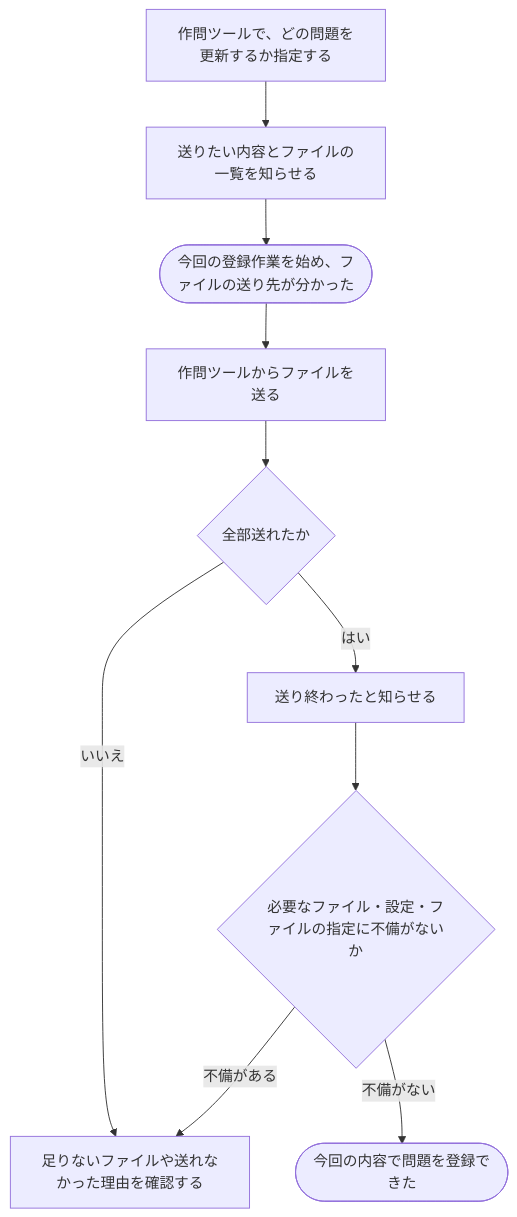
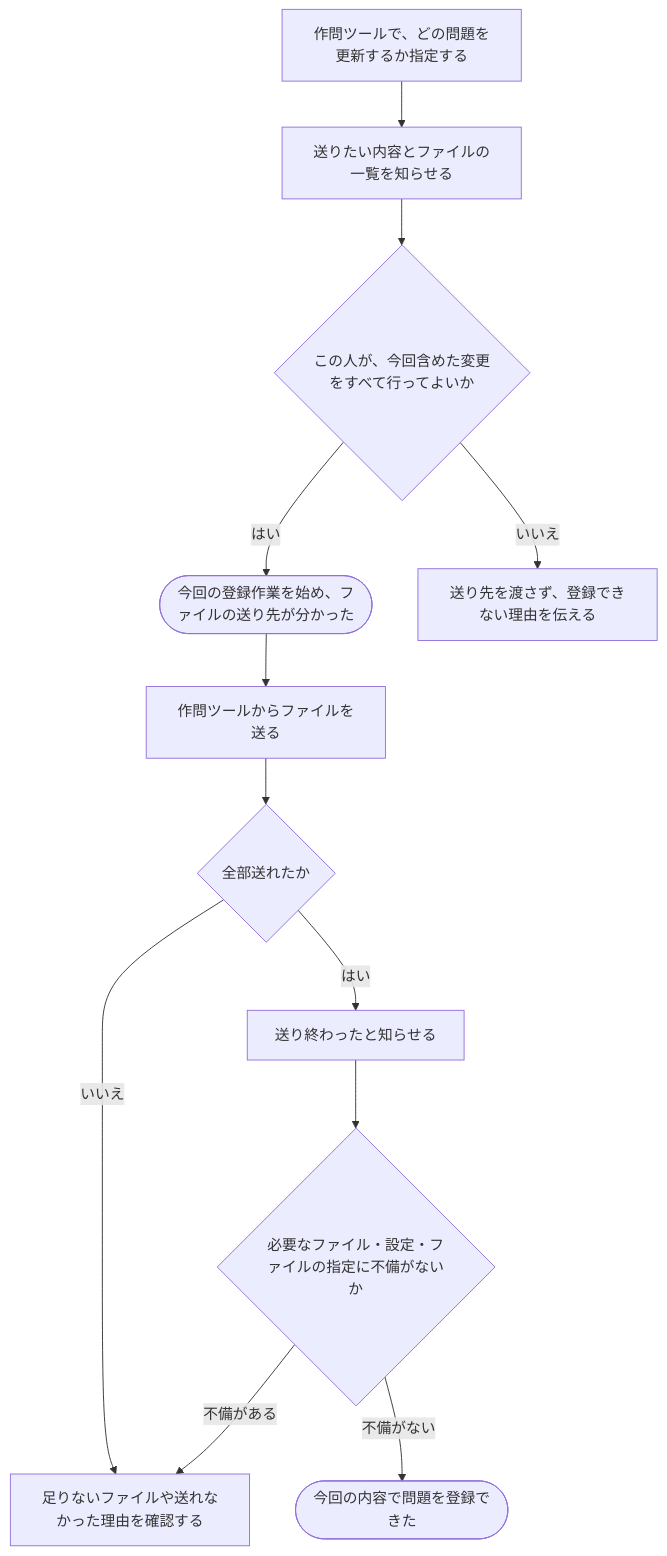
Before and after one commit to traP-jp/traOJudge: the diagram in docs/requirements/scenarios/problems/upload-problem-files.md, drawn with Mermaid. The commit also changed other lines of this file and 58 other files, not shown here.

````diff
--- a/docs/requirements/scenarios/problems/upload-problem-files.md
+++ b/docs/requirements/scenarios/problems/upload-problem-files.md
@@ -15,12 +24,14 @@
 ```mermaid
 flowchart TD
     A["作問ツールで、どの問題を更新するか指定する"] --> B["送りたい内容とファイルの一覧を知らせる"]
-    B --> C(["今回の登録作業を始め、ファイルの送り先が分かった"])
+    B --> BX{"この人が、今回含めた変更をすべて行ってよいか"}
+    BX -->|はい| C(["今回の登録作業を始め、ファイルの送り先が分かった"])
+    BX -->|いいえ| BY["送り先を渡さず、登録できない理由を伝える"]
     C --> D["作問ツールからファイルを送る"]
     D --> E{"全部送れたか"}
     E -->|いいえ| F["足りないファイルや送れなかった理由を確認する"]
     E -->|はい| G["送り終わったと知らせる"]
     G --> H{"必要なファイル・設定・ファイルの指定に不備がないか"}
     H -->|不備がある| F
     H -->|不備がない| I(["今回の内容で問題を登録できた"])
 ```
````
